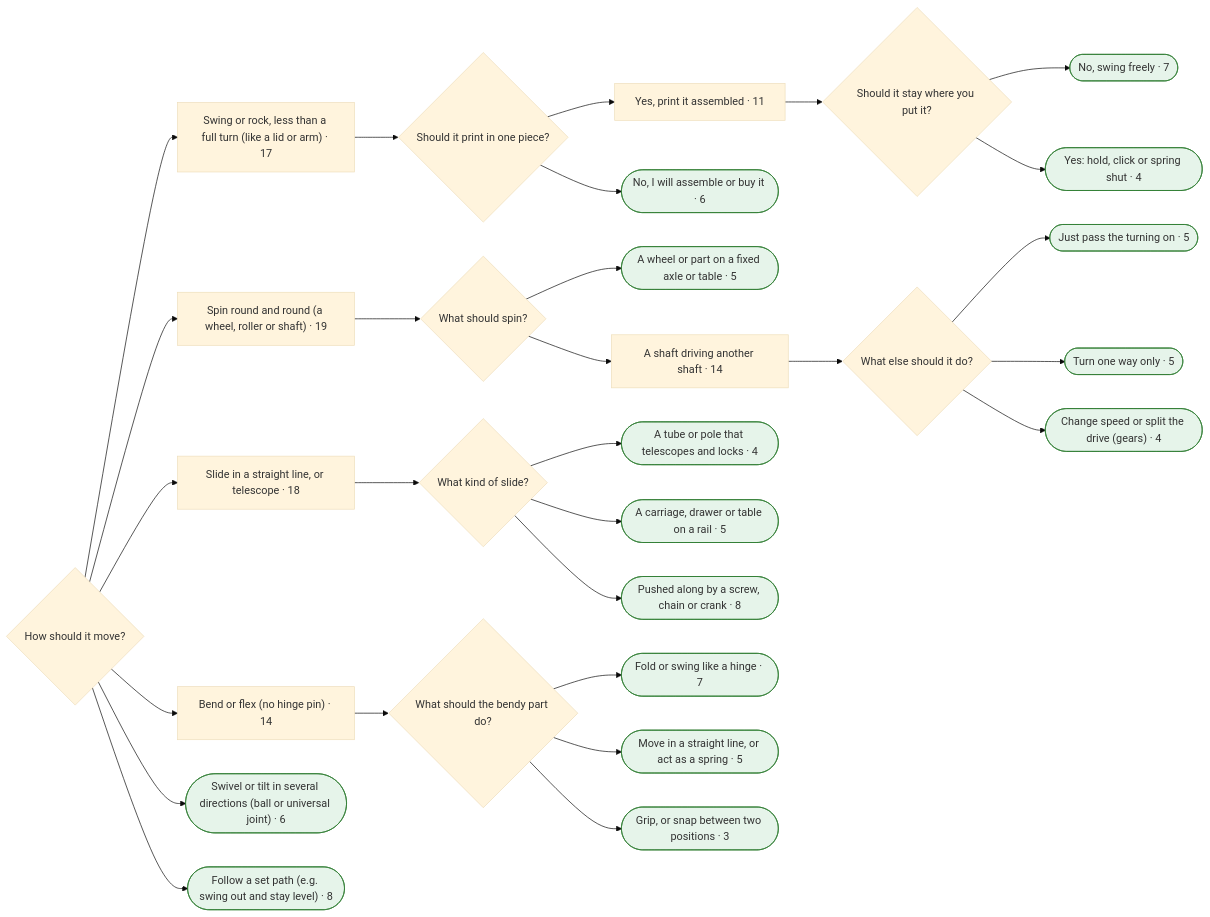
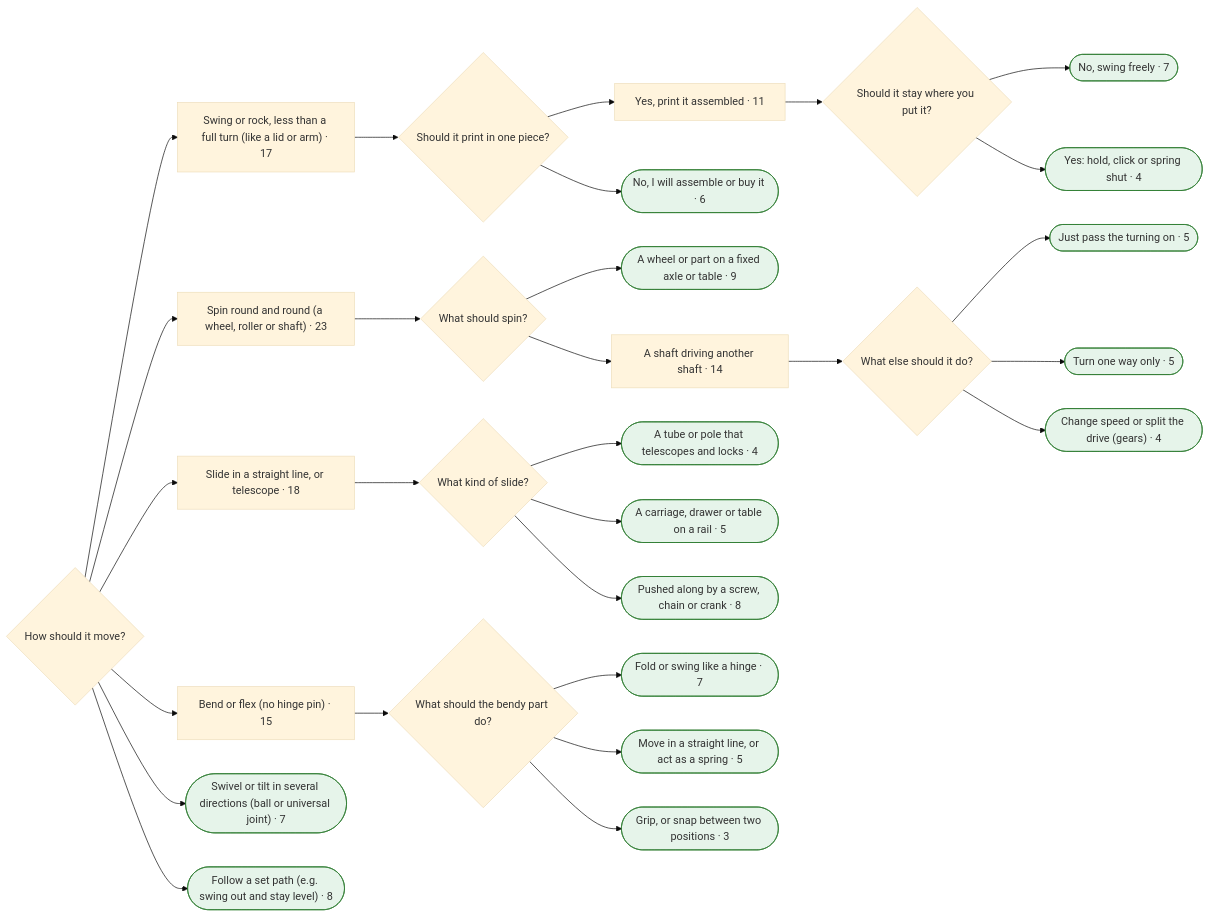
One commit to smileymcfrown/EncyclopediaOfConnections changed the fourth of 11 diagrams in research/finder-test/mermaid.md. Above: the diagram before and after it, drawn with Mermaid (base theme). The commit also changed other lines of this file and 5 other files, not shown here.

````diff
--- a/research/finder-test/mermaid.md
+++ b/research/finder-test/mermaid.md
@@ -396,75 +521,75 @@
 ```mermaid
 flowchart LR
-  q145{"How should it move?"}
-  a146["Swing or rock, less than a full turn (like a lid or arm) · 17"]
-  q145 --> a146
-  q147{"Should it print in one piece?"}
-  a146 --> q147
-  a148["Yes, print it assembled · 11"]
-  q147 --> a148
-  q149{"Should it stay where you put it?"}
-  a148 --> q149
-  a150(["No, swing freely · 7"])
-  q149 --> a150
-  class a150 leaf
-  a151(["Yes: hold, click or spring shut · 4"])
-  q149 --> a151
-  class a151 leaf
-  a152(["No, I will assemble or buy it · 6"])
-  q147 --> a152
-  class a152 leaf
-  a153["Spin round and round (a wheel, roller or shaft) · 19"]
-  q145 --> a153
-  q154{"What should spin?"}
-  a153 --> q154
-  a155(["A wheel or part on a fixed axle or table · 5"])
-  q154 --> a155
-  class a155 leaf
-  a156["A shaft driving another shaft · 14"]
-  q154 --> a156
-  q157{"What else should it do?"}
-  a156 --> q157
-  a158(["Just pass the turning on · 5"])
-  q157 --> a158
-  class a158 leaf
-  a159(["Turn one way only · 5"])
-  q157 --> a159
-  class a159 leaf
-  a160(["Change speed or split the drive (gears) · 4"])
-  q157 --> a160
-  class a160 leaf
-  a161["Slide in a straight line, or telescope · 18"]
-  q145 --> a161
-  q162{"What kind of slide?"}
-  a161 --> q162
-  a163(["A tube or pole that telescopes and locks · 4"])
-  q162 --> a163
-  class a163 leaf
-  a164(["A carriage, drawer or table on a rail · 5"])
-  q162 --> a164
-  class a164 leaf
-  a165(["Pushed along by a screw, chain or crank · 8"])
-  q162 --> a165
-  class a165 leaf
-  a166["Bend or flex (no hinge pin) · 14"]
-  q145 --> a166
-  q167{"What should the bendy part do?"}
-  a166 --> q167
-  a168(["Fold or swing like a hinge · 7"])
-  q167 --> a168
-  class a168 leaf
-  a169(["Move in a straight line, or act as a spring · 5"])
-  q167 --> a169
-  class a169 leaf
-  a170(["Grip, or snap between two positions · 3"])
-  q167 --> a170
-  class a170 leaf
-  a171(["Swivel or tilt in several directions (ball or universal joint) · 6"])
-  q145 --> a171
-  class a171 leaf
-  a172(["Follow a set path (e.g. swing out and stay level) · 8"])
-  q145 --> a172
-  class a172 leaf
+  q190{"How should it move?"}
+  a191["Swing or rock, less than a full turn (like a lid or arm) · 17"]
+  q190 --> a191
+  q192{"Should it print in one piece?"}
+  a191 --> q192
+  a193["Yes, print it assembled · 11"]
+  q192 --> a193
+  q194{"Should it stay where you put it?"}
+  a193 --> q194
+  a195(["No, swing freely · 7"])
+  q194 --> a195
+  class a195 leaf
+  a196(["Yes: hold, click or spring shut · 4"])
+  q194 --> a196
+  class a196 leaf
+  a197(["No, I will assemble or buy it · 6"])
+  q192 --> a197
+  class a197 leaf
+  a198["Spin round and round (a wheel, roller or shaft) · 23"]
+  q190 --> a198
+  q199{"What should spin?"}
+  a198 --> q199
+  a200(["A wheel or part on a fixed axle or table · 9"])
+  q199 --> a200
+  class a200 leaf
+  a201["A shaft driving another shaft · 14"]
+  q199 --> a201
+  q202{"What else should it do?"}
+  a201 --> q202
+  a203(["Just pass the turning on · 5"])
+  q202 --> a203
+  class a203 leaf
+  a204(["Turn one way only · 5"])
+  q202 --> a204
+  class a204 leaf
+  a205(["Change speed or split the drive (gears) · 4"])
+  q202 --> a205
+  class a205 leaf
+  a206["Slide in a straight line, or telescope · 18"]
+  q190 --> a206
+  q207{"What kind of slide?"}
+  a206 --> q207
+  a208(["A tube or pole that telescopes and locks · 4"])
+  q207 --> a208
+  class a208 leaf
+  a209(["A carriage, drawer or table on a rail · 5"])
+  q207 --> a209
+  class a209 leaf
+  a210(["Pushed along by a screw, chain or crank · 8"])
+  q207 --> a210
+  class a210 leaf
+  a211["Bend or flex (no hinge pin) · 15"]
+  q190 --> a211
+  q212{"What should the bendy part do?"}
+  a211 --> q212
+  a213(["Fold or swing like a hinge · 7"])
+  q212 --> a213
+  class a213 leaf
+  a214(["Move in a straight line, or act as a spring · 5"])
+  q212 --> a214
+  class a214 leaf
+  a215(["Grip, or snap between two positions · 3"])
+  q212 --> a215
+  class a215 leaf
+  a216(["Swivel or tilt in several directions (ball or universal joint) · 7"])
+  q190 --> a216
+  class a216 leaf
+  a217(["Follow a set path (e.g. swing out and stay level) · 8"])
+  q190 --> a217
+  class a217 leaf
   classDef leaf fill:#e6f4ea,stroke:#2e7d32
   classDef more fill:#fff4e5,stroke:#b26a00
 ```
````
